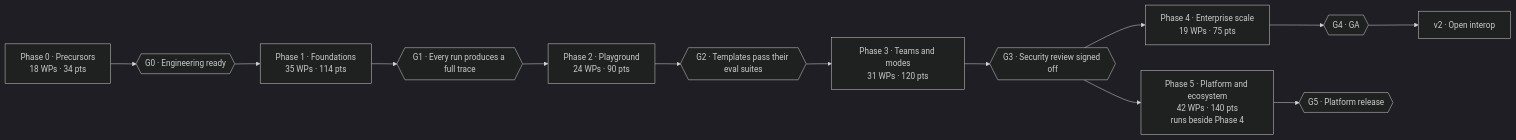
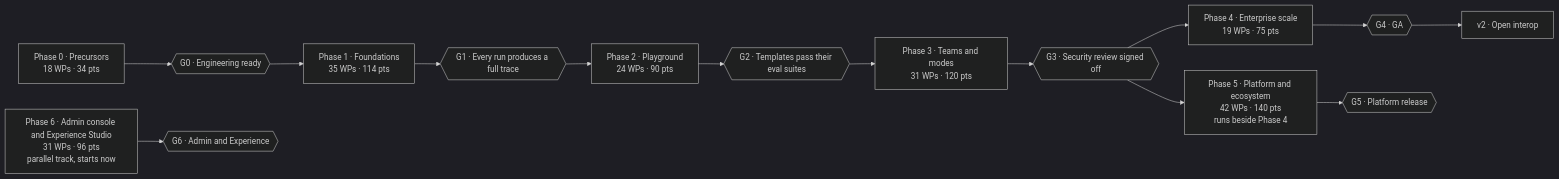
The diagram in program/ROADMAP.md (vikram2409-eng/Lanesra-OS), drawn with Mermaid (dark theme) before and after one commit. The commit also changed other lines of this file and 49 other files, not shown here.

First line of the commit message:
plan: add Phase 6, the Admin console and Experience Studio

````diff
--- a/program/ROADMAP.md
+++ b/program/ROADMAP.md
@@ -9,10 +9,11 @@
 ```mermaid
 flowchart LR
   P0["Phase 0 · Precursors<br/>18 WPs · 34 pts"] --> G0{{"G0 · Engineering ready"}}
   G0 --> P1["Phase 1 · Foundations<br/>35 WPs · 114 pts"] --> G1{{"G1 · Every run produces a full trace"}}
   G1 --> P2["Phase 2 · Playground<br/>24 WPs · 90 pts"] --> G2{{"G2 · Templates pass their eval suites"}}
   G2 --> P3["Phase 3 · Teams and modes<br/>31 WPs · 120 pts"] --> G3{{"G3 · Security review signed off"}}
   G3 --> P4["Phase 4 · Enterprise scale<br/>19 WPs · 75 pts"] --> G4{{"G4 · GA"}}
   G3 --> P5["Phase 5 · Platform and ecosystem<br/>42 WPs · 140 pts<br/>runs beside Phase 4"] --> G5{{"G5 · Platform release"}}
   G4 --> V2["v2 · Open interop"]
+  P6["Phase 6 · Admin console and Experience Studio<br/>31 WPs · 96 pts<br/>parallel track, starts now"] --> G6{{"G6 · Admin and Experience"}}
 ```
````
